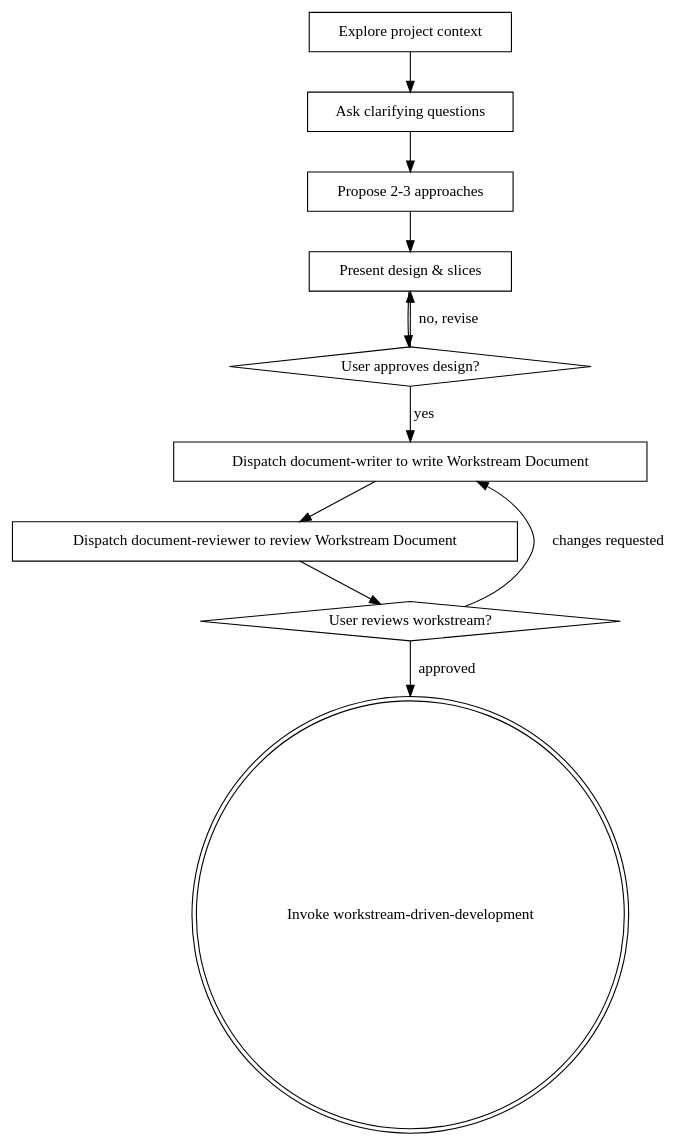
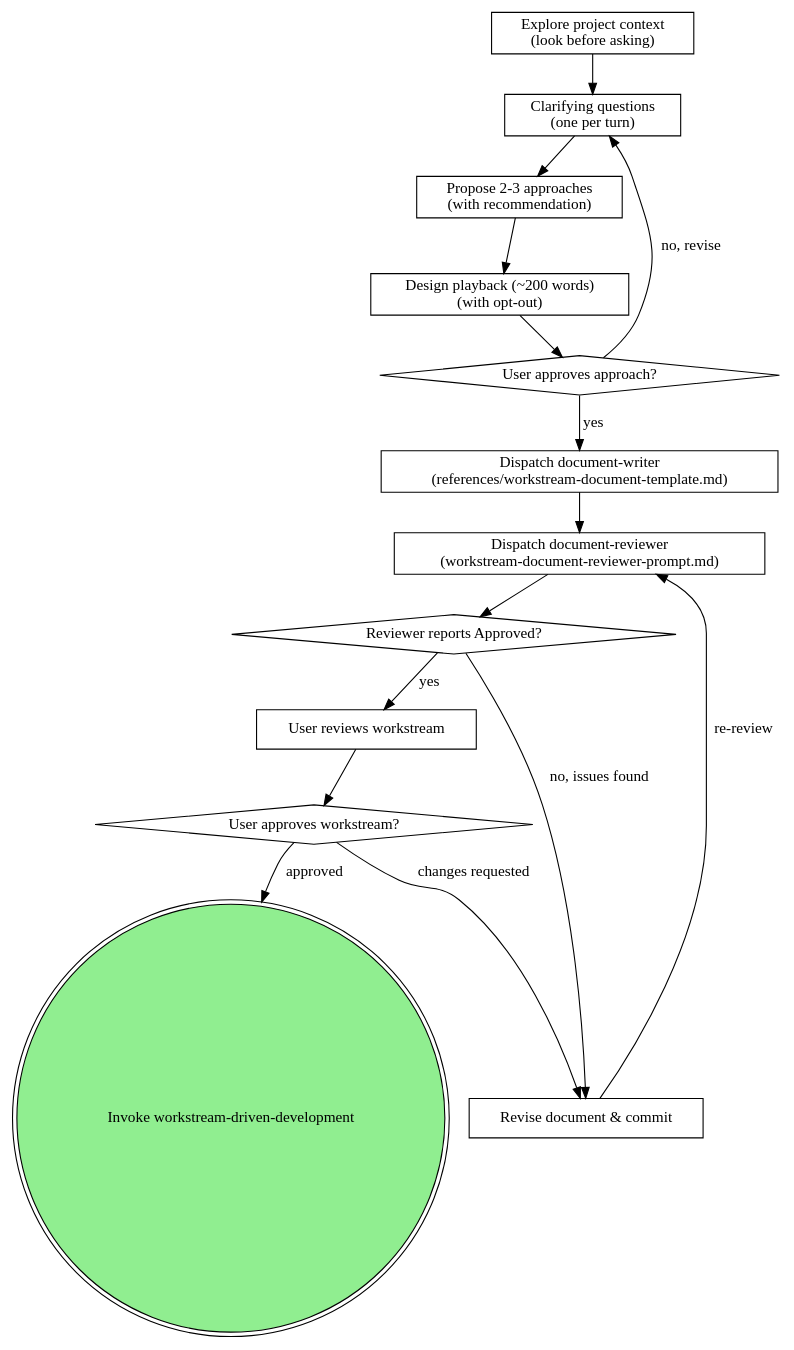
Before and after one commit to dtbndr/solopowers: the diagram in skills/workstream-brainstorming/SKILL.md, drawn with Graphviz. The commit also changed other lines of this file and 4 other files, not shown here.

First line of the commit message:
Port upstream changes (Phase 5: workstream-brainstorming retune and references split)

````diff
--- a/skills/workstream-brainstorming/SKILL.md
+++ b/skills/workstream-brainstorming/SKILL.md
@@ -51,24 +87,31 @@
 ```dot
 digraph workstream_brainstorming {
-    "Explore project context" [shape=box];
-    "Ask clarifying questions" [shape=box];
-    "Propose 2-3 approaches" [shape=box];
-    "Present design & slices" [shape=box];
-    "User approves design?" [shape=diamond];
-    "Dispatch document-writer to write Workstream Document" [shape=box];
-    "Dispatch document-reviewer to review Workstream Document" [shape=box];
-    "User reviews workstream?" [shape=diamond];
-    "Invoke workstream-driven-development" [shape=doublecircle];
+    "Explore project context\n(look before asking)" [shape=box];
+    "Clarifying questions\n(one per turn)" [shape=box];
+    "Propose 2-3 approaches\n(with recommendation)" [shape=box];
+    "Design playback (~200 words)\n(with opt-out)" [shape=box];
+    "User approves approach?" [shape=diamond];
+    "Dispatch document-writer\n(references/workstream-document-template.md)" [shape=box];
+    "Dispatch document-reviewer\n(workstream-document-reviewer-prompt.md)" [shape=box];
+    "Reviewer reports Approved?" [shape=diamond];
+    "Revise document & commit" [shape=box];
+    "User reviews workstream" [shape=box];
+    "User approves workstream?" [shape=diamond];
+    "Invoke workstream-driven-development" [shape=doublecircle style=filled fillcolor=lightgreen];
 
-    "Explore project context" -> "Ask clarifying questions";
-    "Ask clarifying questions" -> "Propose 2-3 approaches";
-    "Propose 2-3 approaches" -> "Present design & slices";
-    "Present design & slices" -> "User approves design?";
-    "User approves design?" -> "Present design & slices" [label="no, revise"];
-    "User approves design?" -> "Dispatch document-writer to write Workstream Document" [label="yes"];
-    "Dispatch document-writer to write Workstream Document" -> "Dispatch document-reviewer to review Workstream Document";
-    "Dispatch document-reviewer to review Workstream Document" -> "User reviews workstream?";
-    "User reviews workstream?" -> "Dispatch document-writer to write Workstream Document" [label="changes requested"];
-    "User reviews workstream?" -> "Invoke workstream-driven-development" [label="approved"];
+    "Explore project context\n(look before asking)" -> "Clarifying questions\n(one per turn)";
+    "Clarifying questions\n(one per turn)" -> "Propose 2-3 approaches\n(with recommendation)";
+    "Propose 2-3 approaches\n(with recommendation)" -> "Design playback (~200 words)\n(with opt-out)";
+    "Design playback (~200 words)\n(with opt-out)" -> "User approves approach?";
+    "User approves approach?" -> "Clarifying questions\n(one per turn)" [label="no, revise"];
+    "User approves approach?" -> "Dispatch document-writer\n(references/workstream-document-template.md)" [label="yes"];
+    "Dispatch document-writer\n(references/workstream-document-template.md)" -> "Dispatch document-reviewer\n(workstream-document-reviewer-prompt.md)";
+    "Dispatch document-reviewer\n(workstream-document-reviewer-prompt.md)" -> "Reviewer reports Approved?";
+    "Reviewer reports Approved?" -> "Revise document & commit" [label="no, issues found"];
+    "Revise document & commit" -> "Dispatch document-reviewer\n(workstream-document-reviewer-prompt.md)" [label="re-review"];
+    "Reviewer reports Approved?" -> "User reviews workstream" [label="yes"];
+    "User reviews workstream" -> "User approves workstream?";
+    "User approves workstream?" -> "Revise document & commit" [label="changes requested"];
+    "User approves workstream?" -> "Invoke workstream-driven-development" [label="approved"];
 }
 ```
````
